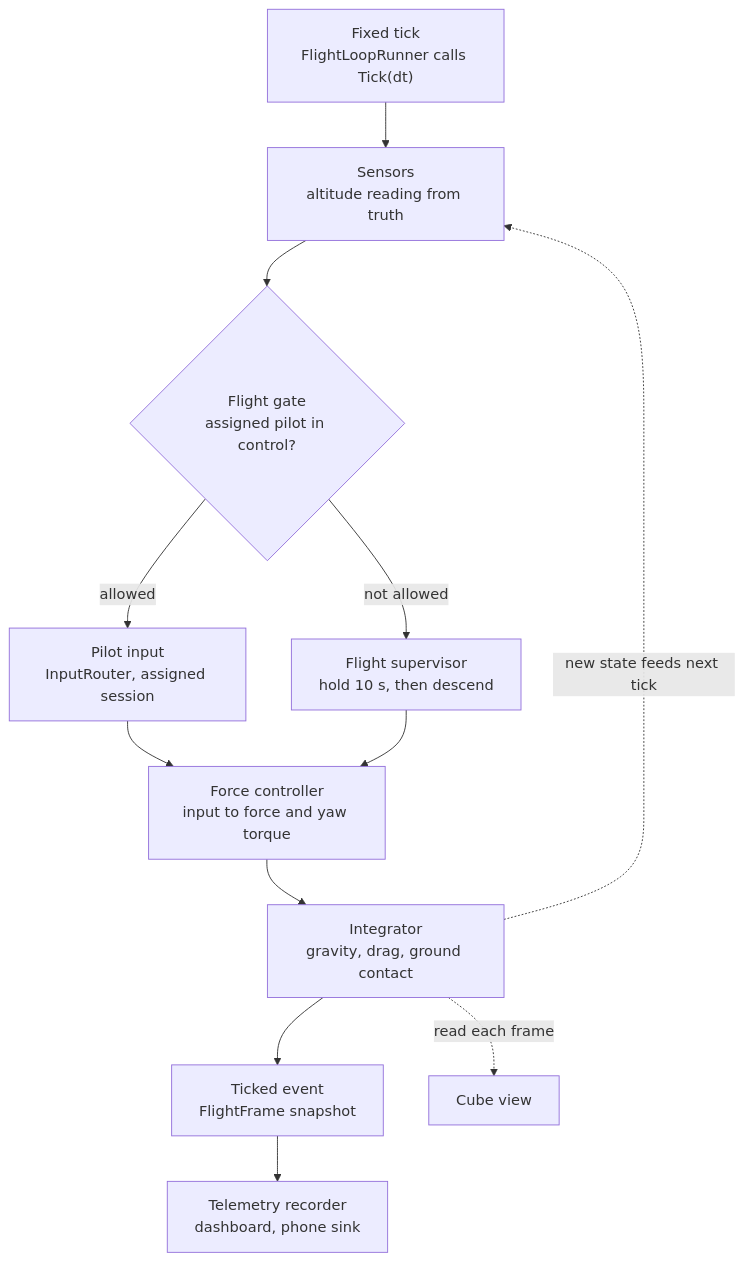
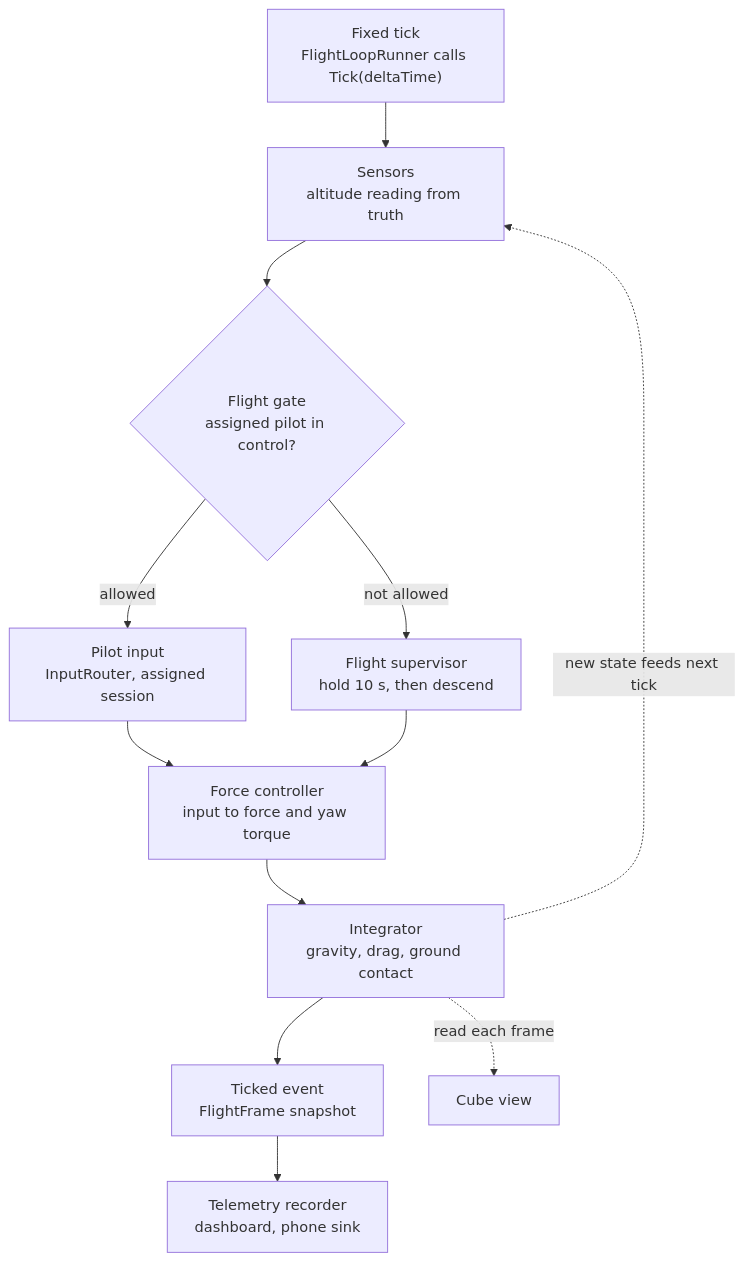
One commit to AlanKolic/DroneFlightModule changed the second of 4 diagrams in Docs/Architecture.md. Above: the diagram before and after it, drawn with Mermaid. The commit also changed other lines of this file and 24 other files, not shown here.

````diff
--- a/Docs/Architecture.md
+++ b/Docs/Architecture.md
@@ -75,14 +75,14 @@
 ```mermaid
 flowchart TB
-    Tick["Fixed tick<br/>FlightLoopRunner calls Tick(dt)"] --> Sense["Sensors<br/>altitude reading from truth"]
+    Tick["Fixed tick<br/>FlightLoopRunner calls Tick(deltaTime)"] --> Sense["Sensors<br/>altitude reading from truth"]
     Sense --> Gate{"Flight gate<br/>assigned pilot in control?"}
     Gate -- allowed --> Pilot["Pilot input<br/>InputRouter, assigned session"]
     Gate -- not allowed --> Sup["Flight supervisor<br/>hold 10 s, then descend"]
     Pilot --> Ctrl["Force controller<br/>input to force and yaw torque"]
     Sup --> Ctrl
     Ctrl --> Integ["Integrator<br/>gravity, drag, ground contact"]
     Integ --> Ticked["Ticked event<br/>FlightFrame snapshot"]
     Integ -. new state feeds next tick .-> Sense
     Ticked --> Tele["Telemetry recorder<br/>dashboard, phone sink"]
     Integ -. read each frame .-> View["Cube view"]
 ```
````
